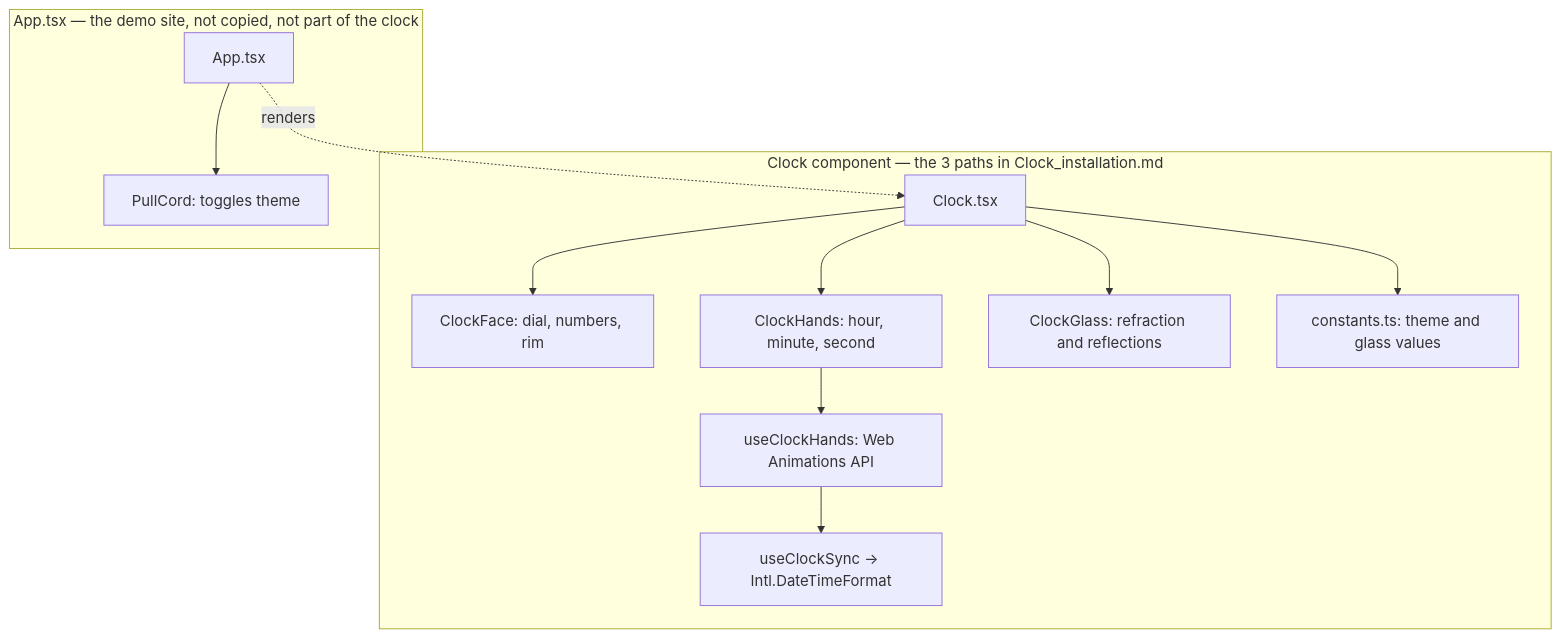
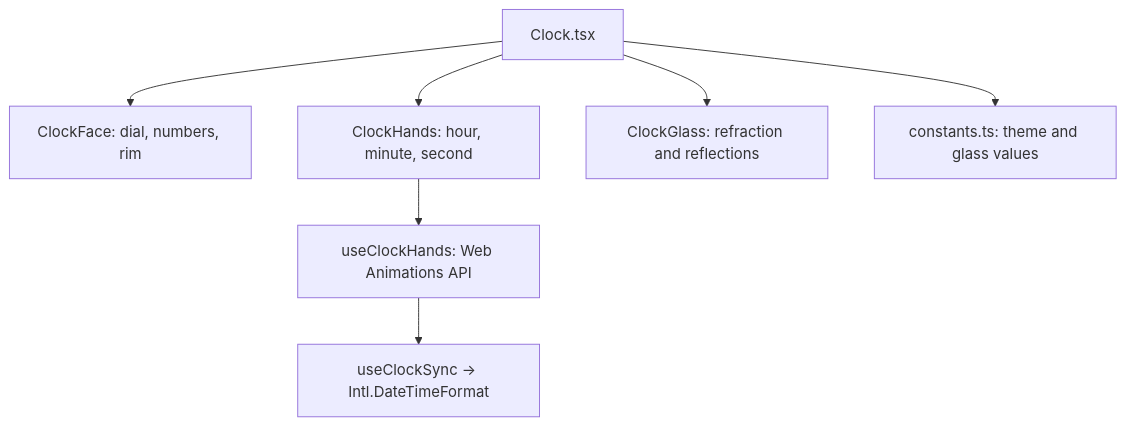
One commit to asiffisa/Braun-analogue-clock changed the diagram in ARCHITECTURE.md. Above: the diagram before and after it, drawn with Mermaid. The commit also changed other lines of this file, not shown here.

Commit message:
docs: remove the demo site from ARCHITECTURE.md entirely
Not a separate box, not a subgraph, not a mention. This file is the
clock's architecture only. App.tsx and PullCord don't belong in it at
any distance.

````diff
--- a/ARCHITECTURE.md
+++ b/ARCHITECTURE.md
@@ -5,17 +3,9 @@
 ```mermaid
 flowchart TD
-    subgraph ClockLib["Clock component — the 3 paths in Clock_installation.md"]
-        Clock[Clock.tsx] --> Face[ClockFace: dial, numbers, rim]
-        Clock --> Hands[ClockHands: hour, minute, second]
-        Clock --> Glass[ClockGlass: refraction and reflections]
-        Clock --> Theme[constants.ts: theme and glass values]
-        Hands --> Motion[useClockHands: Web Animations API]
-        Motion --> Time[useClockSync → Intl.DateTimeFormat]
-    end
-
-    subgraph Site["App.tsx — the demo site, not copied, not part of the clock"]
-        App[App.tsx] --> PullCord[PullCord: toggles theme]
-    end
-
-    App -. renders .-> Clock
+    Clock[Clock.tsx] --> Face[ClockFace: dial, numbers, rim]
+    Clock --> Hands[ClockHands: hour, minute, second]
+    Clock --> Glass[ClockGlass: refraction and reflections]
+    Clock --> Theme[constants.ts: theme and glass values]
+    Hands --> Motion[useClockHands: Web Animations API]
+    Motion --> Time[useClockSync → Intl.DateTimeFormat]
 ```
````
